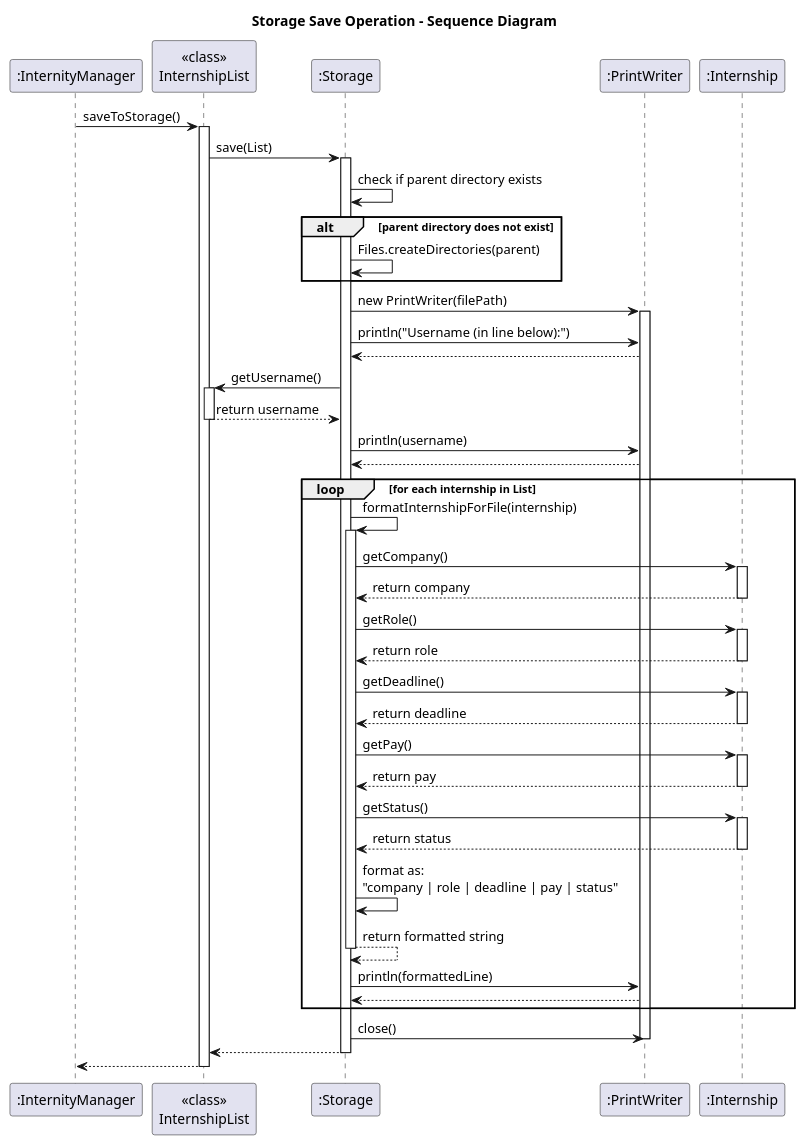
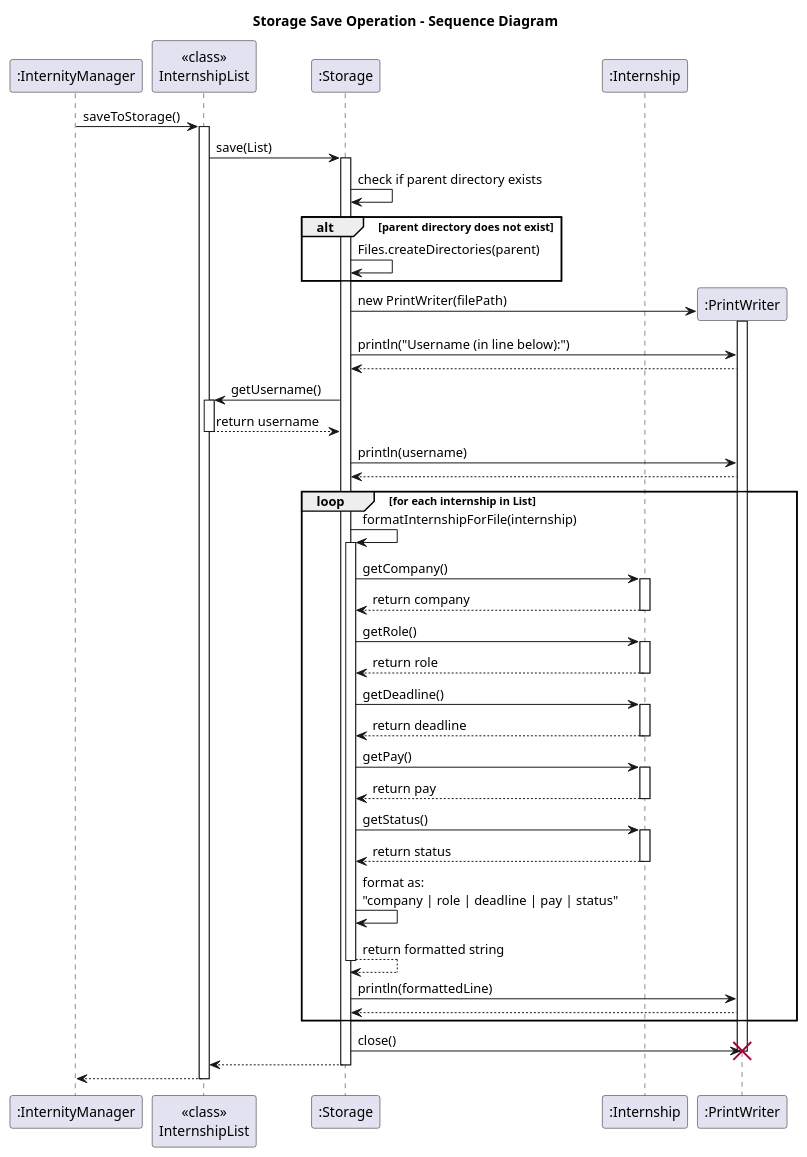
Before and after one commit to BenyAlbatross/tp: the diagram in docs/diagrams/StorageSaveSD.puml, drawn with PlantUML. The commit also changed 5 other files, not shown here.

Commit message:
Update UML for storage

```diff
--- a/docs/diagrams/StorageSaveSD.puml
+++ b/docs/diagrams/StorageSaveSD.puml
@@ -1,81 +1,82 @@
 @startuml
 title Storage Save Operation - Sequence Diagram
 
 participant ":InternityManager" as IM
 participant "<<class>>\nInternshipList" as IL
 participant ":Storage" as S
-participant ":PrintWriter" as PW
 participant ":Internship" as Intern
 
 IM -> IL: saveToStorage()
 activate IL
 
 IL -> S: save(List)
 activate S
 
 S -> S: check if parent directory exists
 alt parent directory does not exist
     S -> S: Files.createDirectories(parent)
 end
 
-S -> PW: new PrintWriter(filePath)
+create ":PrintWriter" as PW
+S -> PW**: new PrintWriter(filePath)
 activate PW
 
 S -> PW: println("Username (in line below):")
 PW --> S:
 
 S -> IL: getUsername()
 activate IL
 IL --> S: return username
 deactivate IL
 
 S -> PW: println(username)
 PW --> S:
 
 loop for each internship in List
     S -> S: formatInternshipForFile(internship)
     activate S
 
     S -> Intern: getCompany()
     activate Intern
     Intern --> S: return company
     deactivate Intern
 
     S -> Intern: getRole()
     activate Intern
     Intern --> S: return role
     deactivate Intern
 
     S -> Intern: getDeadline()
     activate Intern
     Intern --> S: return deadline
     deactivate Intern
 
     S -> Intern: getPay()
     activate Intern
     Intern --> S: return pay
     deactivate Intern
 
     S -> Intern: getStatus()
     activate Intern
     Intern --> S: return status
     deactivate Intern
 
     S -> S: format as:\n"company | role | deadline | pay | status"
     S --> S: return formatted string
     deactivate S
 
     S -> PW: println(formattedLine)
     PW --> S:
 end
 
 S -> PW: close()
 deactivate PW
+destroy PW
 
 S --> IL:
 deactivate S
 
 IL --> IM:
 deactivate IL
 
 @enduml
```
